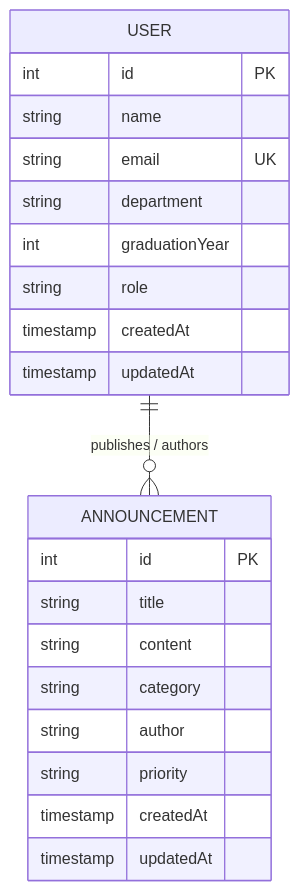
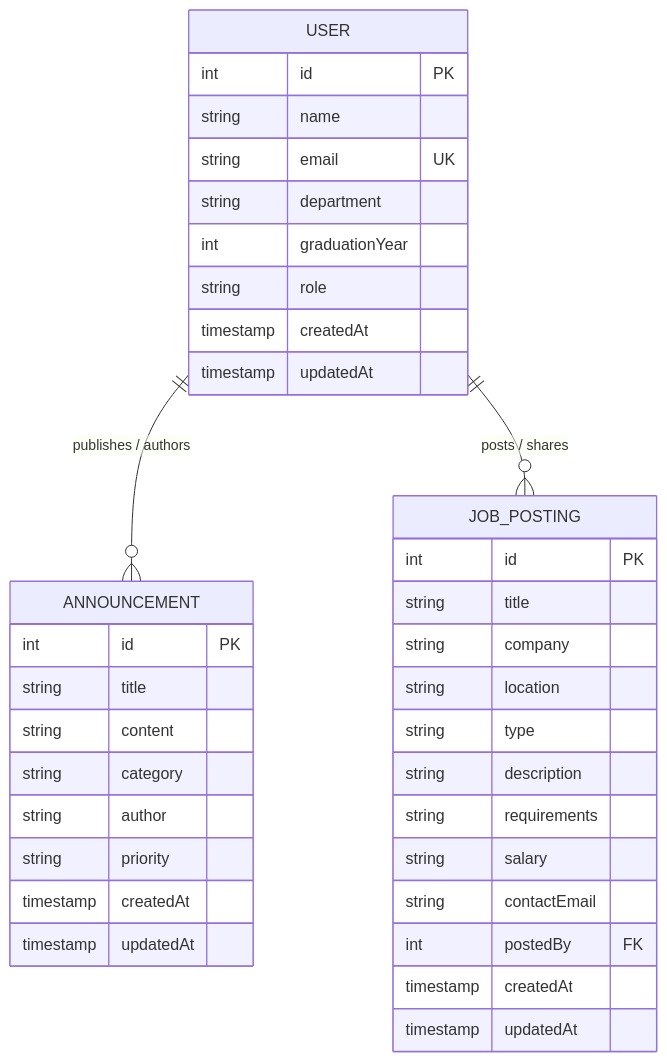
The first of 4 diagrams in ddd.md (ecemyakali/alumni), drawn with Mermaid before and after one commit. The commit also changed other lines of this file and 1 other file, not shown here.

Commit message:
docs(ddd): Add job_postings entity, ERD, CRUD contract, and PostgreSQL DDL schema

````diff
--- a/ddd.md
+++ b/ddd.md
@@ -118,24 +159,39 @@
 ```mermaid
 erDiagram
     USER ||--o{ ANNOUNCEMENT : "publishes / authors"
+    USER ||--o{ JOB_POSTING : "posts / shares"
     USER {
         int id PK
         string name
         string email UK
         string department
         int graduationYear
         string role
         timestamp createdAt
         timestamp updatedAt
     }
     ANNOUNCEMENT {
         int id PK
         string title
         string content
         string category
         string author
         string priority
         timestamp createdAt
         timestamp updatedAt
     }
+    JOB_POSTING {
+        int id PK
+        string title
+        string company
+        string location
+        string type
+        string description
+        string requirements
+        string salary
+        string contactEmail
+        int postedBy FK
+        timestamp createdAt
+        timestamp updatedAt
+    }
 ```
````
